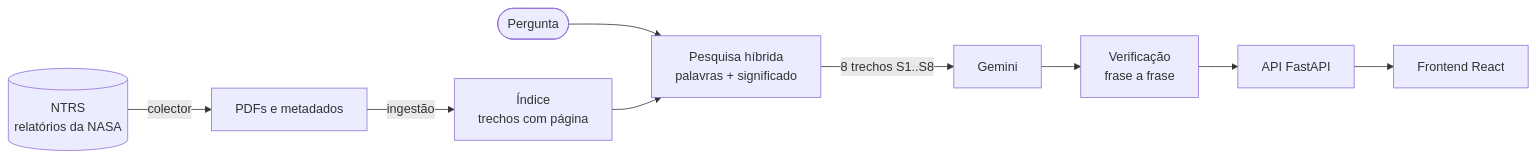
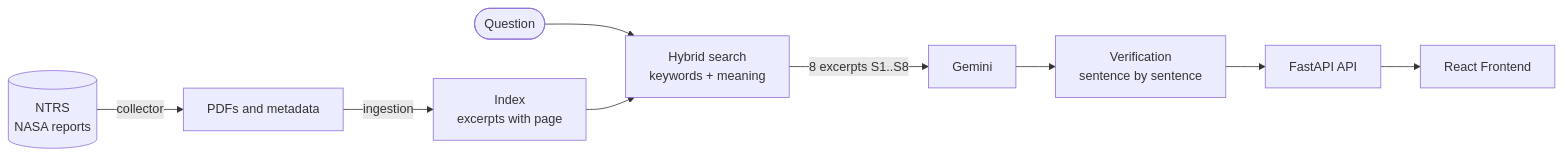
The diagram in README.md (JoseJunior708/Chama-em-Queda-Livre), drawn with Mermaid before and after one commit. The commit also changed other lines of this file, not shown here.

````diff
--- a/README.md
+++ b/README.md
@@ -50,11 +52,11 @@
 ```mermaid
 flowchart LR
-    NTRS[(NTRS<br/>relatórios da NASA)] -->|colector| PDF[PDFs e metadados]
-    PDF -->|ingestão| IDX[Índice<br/>trechos com página]
-    P([Pergunta]) --> BUSCA[Pesquisa híbrida<br/>palavras + significado]
+    NTRS[(NTRS<br/>NASA reports)] -->|collector| PDF[PDFs and metadata]
+    PDF -->|ingestion| IDX[Index<br/>excerpts with page]
+    P([Question]) --> BUSCA[Hybrid search<br/>keywords + meaning]
     IDX --> BUSCA
-    BUSCA -->|8 trechos S1..S8| LLM[Gemini]
-    LLM --> VER[Verificação<br/>frase a frase]
-    VER --> API[API FastAPI]
-    API --> WEB[Frontend React]
+    BUSCA -->|8 excerpts S1..S8| LLM[Gemini]
+    LLM --> VER[Verification<br/>sentence by sentence]
+    VER --> API[FastAPI API]
+    API --> WEB[React Frontend]
 ```
````
